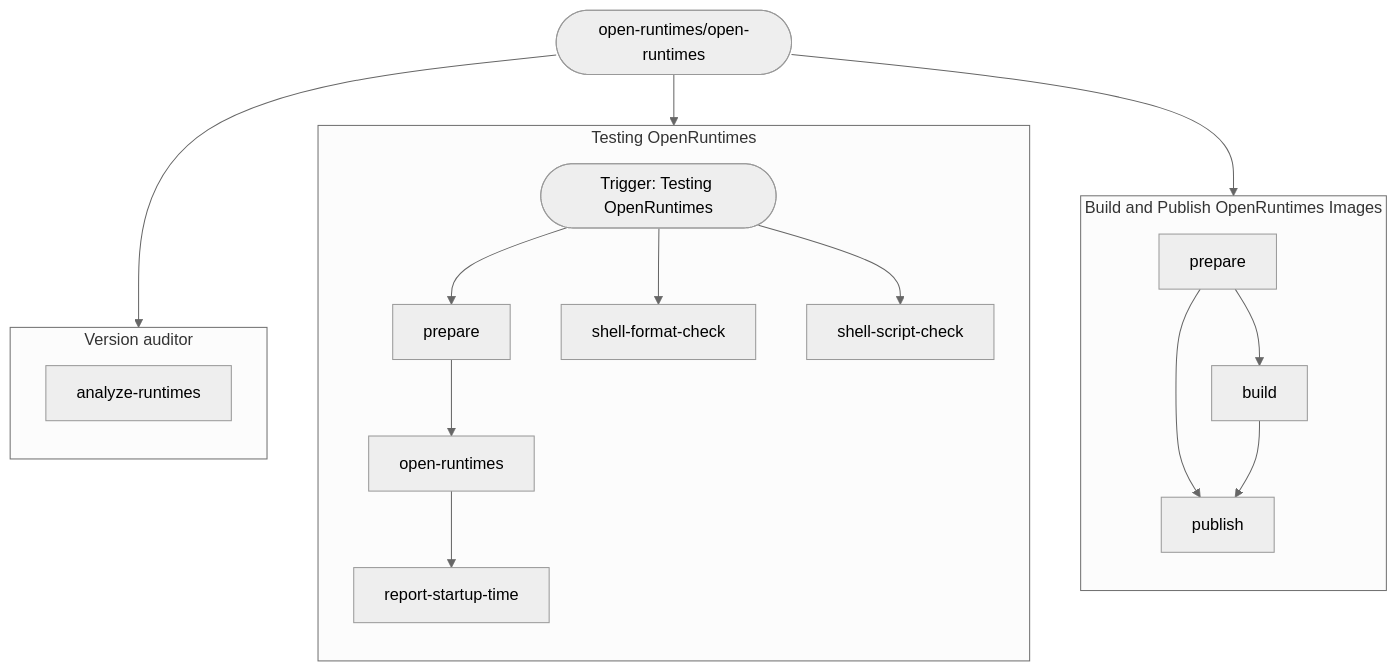
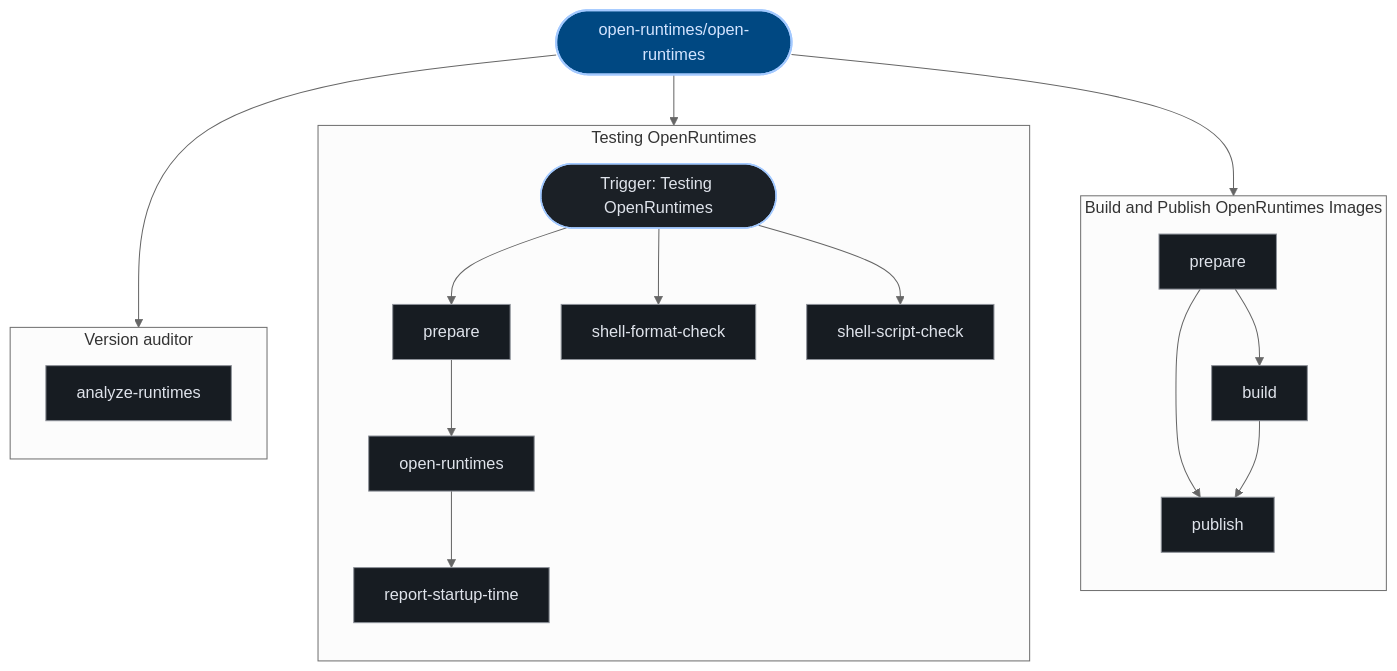
Before and after one commit to kumarshaz/atruss-code-atlas: the third of 3 diagrams in exports/latest/reports/open-runtimes-open-runtimes-report.md, drawn with Mermaid (neutral theme). The commit also changed other lines of this file and 331 other files, not shown here.

Commit message:
docs,ui,fix: update SDLC docs, reorder CI/CD DAG first, stylize Mermaid, and fix Arc42 pipeline topology

````diff
--- a/exports/latest/reports/open-runtimes-open-runtimes-report.md
+++ b/exports/latest/reports/open-runtimes-open-runtimes-report.md
@@ -429,34 +440,41 @@
 ```mermaid
 graph TD;
-  pipeline_root(["open-runtimes/open-runtimes"])
+  classDef atlasRoot fill:#004882,stroke:#a3c9ff,stroke-width:2px,color:#d3e4ff
+  classDef atlasCategory fill:#212428,stroke:#E87A48,stroke-width:1.5px,color:#dfe3eb
+  classDef atlasWorkflow fill:#1b2026,stroke:#a3c9ff,stroke-width:1.5px,color:#dfe3eb
+  classDef atlasJob fill:#171c22,stroke:#8d9199,stroke-width:1px,color:#dfe3eb
+  classDef atlasTarget fill:#005227,stroke:#8bd99b,stroke-width:1.5px,color:#a7f6b6
+  classDef atlasAlert fill:#93000a,stroke:#ffb4ab,stroke-width:1.5px,color:#ffdad6
+  classDef atlasMore fill:#252a31,stroke:#8d9199,stroke-dasharray:4 4,color:#c3c6cf
+  pipeline_root(["open-runtimes/open-runtimes"]):::atlasRoot
   subgraph Build_and_Publish_OpenRuntimes_Images_0["Build and Publish OpenRuntimes Images"]
     direction TB
-    0_prepare["prepare"]
-    0_build["build"]
+    0_prepare["prepare"]:::atlasJob
+    0_build["build"]:::atlasJob
     0_prepare --> 0_build
-    0_publish["publish"]
+    0_publish["publish"]:::atlasJob
     0_prepare --> 0_publish
     0_build --> 0_publish
   end
   pipeline_root --> 0_prepare
   subgraph Testing_OpenRuntimes_1["Testing OpenRuntimes"]
     direction TB
-    1_prepare["prepare"]
-    1_shell_format_check["shell-format-check"]
-    1_shell_script_check["shell-script-check"]
-    1_open_runtimes["open-runtimes"]
+    1_prepare["prepare"]:::atlasJob
+    1_shell_format_check["shell-format-check"]:::atlasJob
+    1_shell_script_check["shell-script-check"]:::atlasJob
+    1_open_runtimes["open-runtimes"]:::atlasJob
     1_prepare --> 1_open_runtimes
-    1_report_startup_time["report-startup-time"]
+    1_report_startup_time["report-startup-time"]:::atlasJob
     1_open_runtimes --> 1_report_startup_time
-    wf_entry_1(["Trigger: Testing OpenRuntimes"])
+    wf_entry_1(["Trigger: Testing OpenRuntimes"]):::atlasWorkflow
     wf_entry_1 --> 1_prepare
     wf_entry_1 --> 1_shell_format_check
     wf_entry_1 --> 1_shell_script_check
   end
   pipeline_root --> wf_entry_1
   subgraph Version_auditor_2["Version auditor"]
     direction TB
-    2_analyze_runtimes["analyze-runtimes"]
+    2_analyze_runtimes["analyze-runtimes"]:::atlasJob
   end
   pipeline_root --> 2_analyze_runtimes
 ```
````
